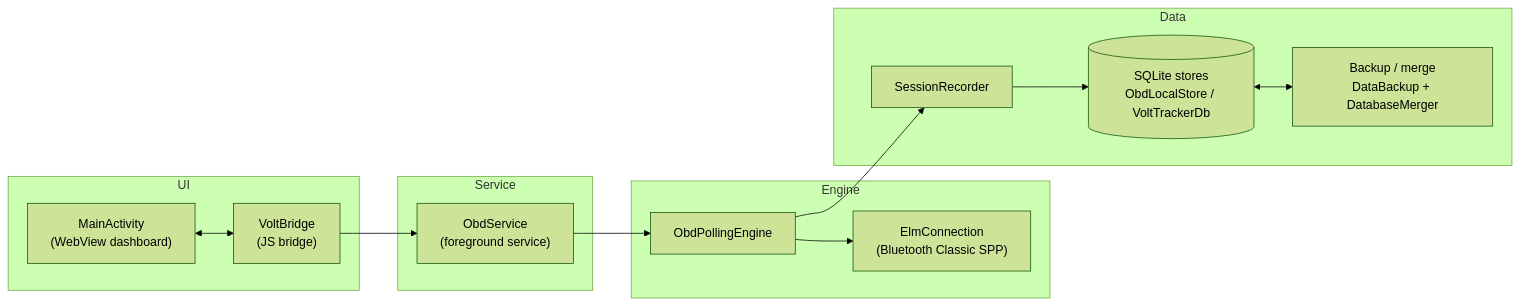
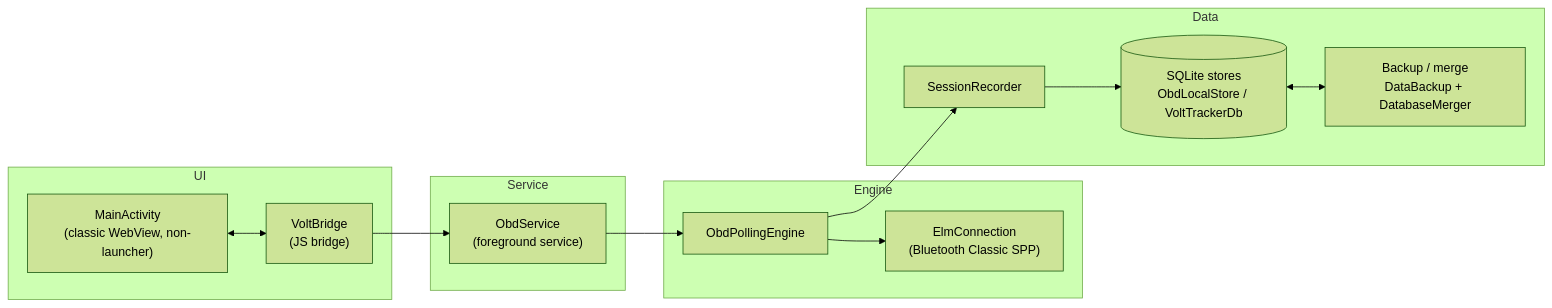
The diagram in mobile/android/README.md (jtn0123/VoltTracker), drawn with Mermaid (forest theme) before and after one commit. The commit also changed other lines of this file and 29 other files, not shown here.

First line of the commit message:
feat(ui): make the new Compose dashboard the app launcher

````diff
--- a/mobile/android/README.md
+++ b/mobile/android/README.md
@@ -79,26 +79,26 @@
 ```mermaid
 flowchart LR
     subgraph UI
-        MA["MainActivity<br/>(WebView dashboard)"]
+        MA["MainActivity<br/>(classic WebView, non-launcher)"]
         VB["VoltBridge<br/>(JS bridge)"]
     end
     subgraph Service
         SVC["ObdService<br/>(foreground service)"]
     end
     subgraph Engine
         ENG["ObdPollingEngine"]
         ELM["ElmConnection<br/>(Bluetooth Classic SPP)"]
     end
     subgraph Data
         REC["SessionRecorder"]
         DB[("SQLite stores<br/>ObdLocalStore / VoltTrackerDb")]
         BK["Backup / merge<br/>DataBackup + DatabaseMerger"]
     end
     MA <--> VB
     VB --> SVC
     SVC --> ENG
     ENG --> ELM
     ENG --> REC
     REC --> DB
     DB <--> BK
 ```
````
